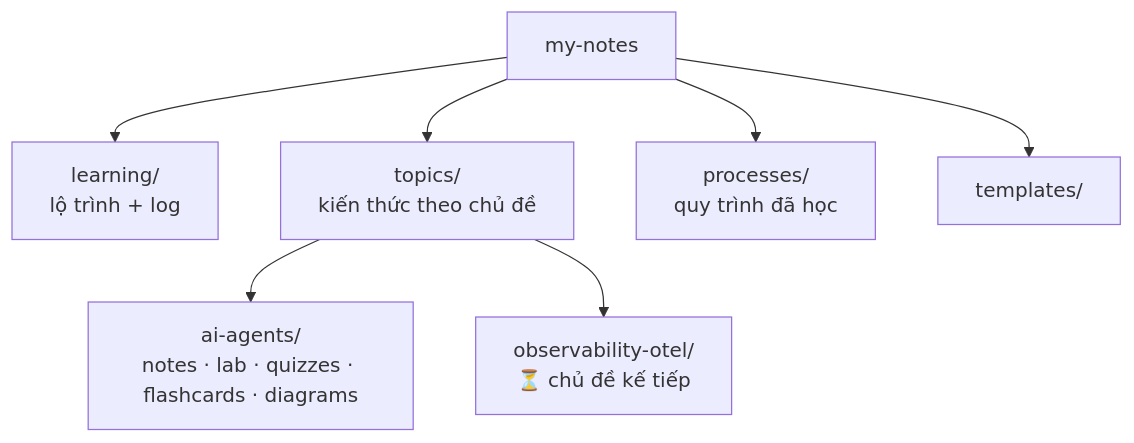
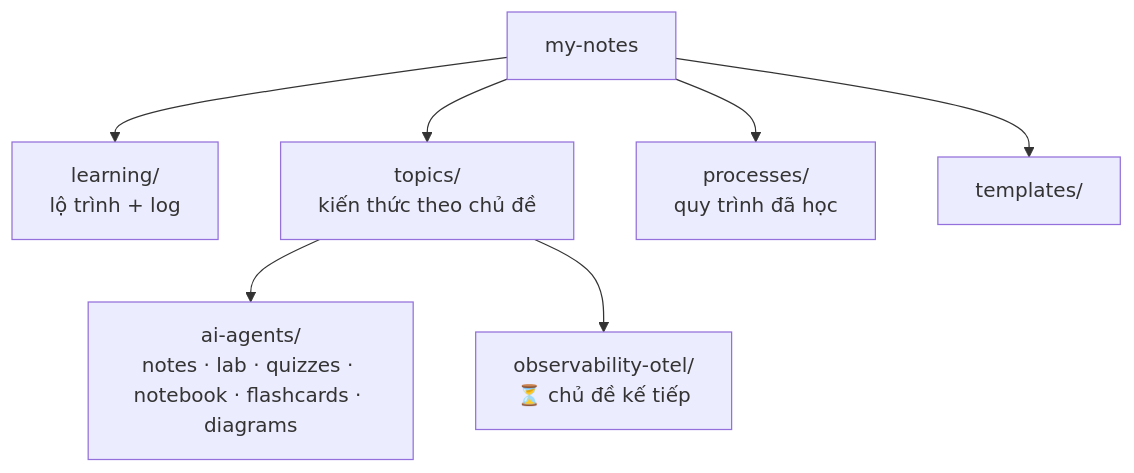
Before and after one commit to nhanlagc60299/my-notes: the diagram in README.md, drawn with Mermaid. The commit also changed other lines of this file and 6 other files, not shown here.

````diff
--- a/README.md
+++ b/README.md
@@ -9,9 +9,9 @@
 ```mermaid
 flowchart TB
     R[my-notes] --> L[learning/<br/>lộ trình + log]
     R --> T[topics/<br/>kiến thức theo chủ đề]
     R --> P[processes/<br/>quy trình đã học]
     R --> TP[templates/]
-    T --> A[ai-agents/<br/>notes · lab · quizzes · flashcards · diagrams]
+    T --> A[ai-agents/<br/>notes · lab · quizzes · notebook · flashcards · diagrams]
     T --> O[observability-otel/<br/>⏳ chủ đề kế tiếp]
 ```
````
